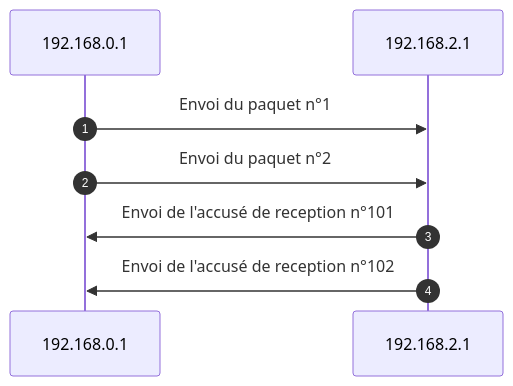
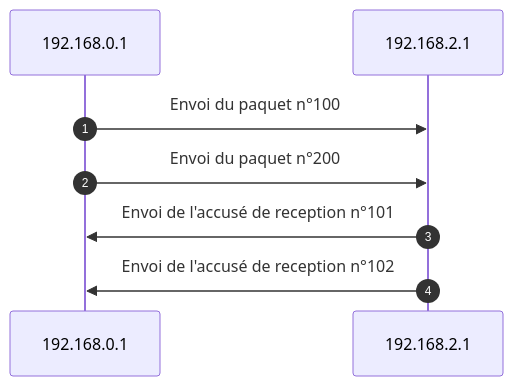
One commit to boddaert/nsi changed the second of 2 diagrams in première/Principe_des_réseaux/Principe_des_réseaux.md. Above: the diagram before and after it, drawn with Mermaid. The commit also changed other lines of this file, not shown here.

````diff
--- a/première/Principe_des_réseaux/Principe_des_réseaux.md
+++ b/première/Principe_des_réseaux/Principe_des_réseaux.md
@@ -304,8 +305,8 @@
 ```mermaid
 sequenceDiagram
     autonumber
-    192.168.0.1->>192.168.2.1: Envoi du paquet n°1
-    192.168.0.1->>192.168.2.1: Envoi du paquet n°2
+    192.168.0.1->>192.168.2.1: Envoi du paquet n°100
+    192.168.0.1->>192.168.2.1: Envoi du paquet n°200
     192.168.2.1->>192.168.0.1: Envoi de l'accusé de reception n°101
     192.168.2.1->>192.168.0.1: Envoi de l'accusé de reception n°102
 ```
````
